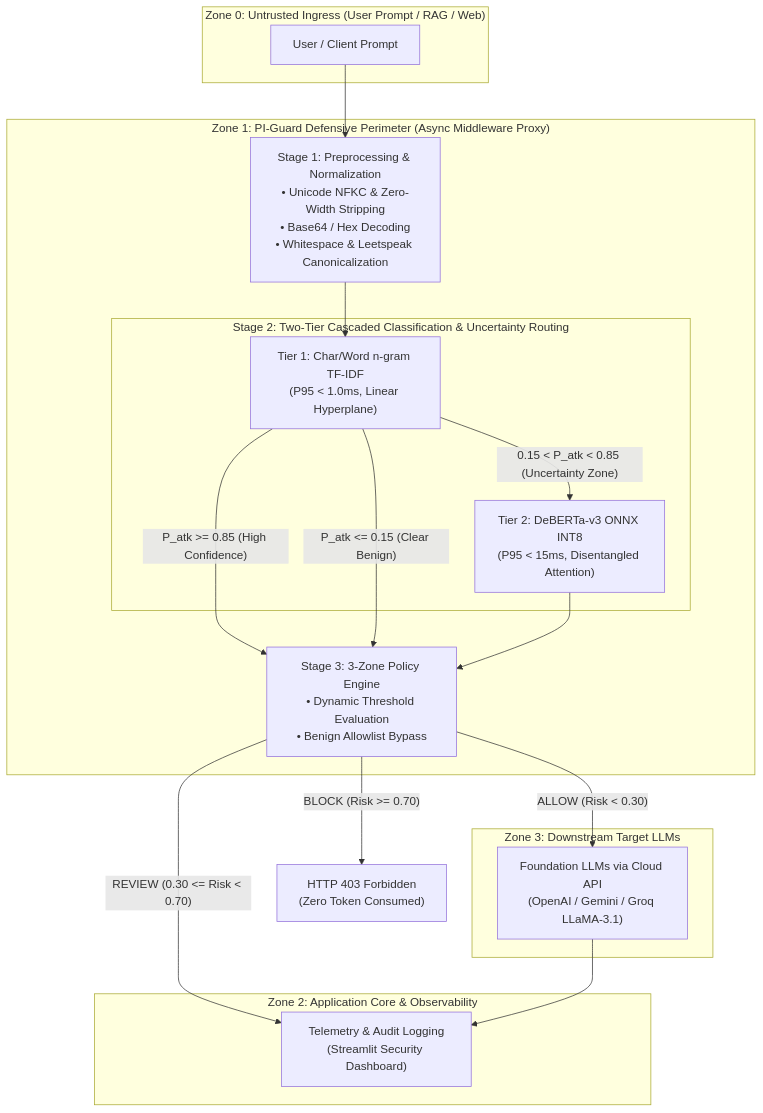
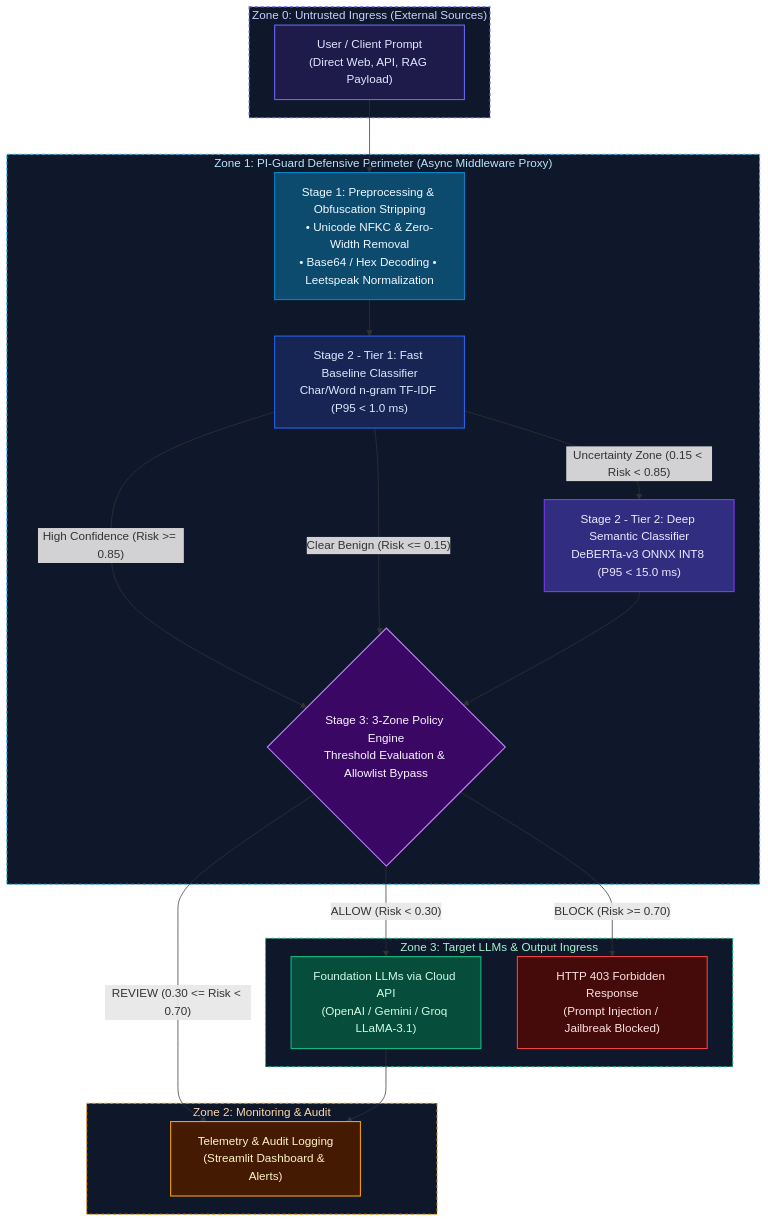
Before and after one commit to nvtruongops/pi-guard: the diagram in README.md, drawn with Mermaid. The commit also changed other lines of this file, not shown here.

Commit message:
docs(readme): fix architecture mermaid UI contrast, collapse thesis tree, and clean quickstart

````diff
--- a/README.md
+++ b/README.md
@@ -56,40 +56,62 @@
 ```mermaid
 flowchart TD
-    subgraph Zone0["Zone 0: Untrusted Ingress (User Prompt / RAG / Web)"]
-        UP["User / Client Prompt"]
+    subgraph Zone0["Zone 0: Untrusted Ingress (External Sources)"]
+        UP["User / Client Prompt<br/>(Direct Web, API, RAG Payload)"]
     end
 
     subgraph Zone1["Zone 1: PI-Guard Defensive Perimeter (Async Middleware Proxy)"]
-        P1["Stage 1: Preprocessing & Normalization<br/>• Unicode NFKC & Zero-Width Stripping<br/>• Base64 / Hex Decoding<br/>• Whitespace & Leetspeak Canonicalization"]
-        
-        subgraph TwoTier["Stage 2: Two-Tier Cascaded Classification & Uncertainty Routing"]
-            T1["Tier 1: Char/Word n-gram TF-IDF<br/>(P95 < 1.0ms, Linear Hyperplane)"]
-            T2["Tier 2: DeBERTa-v3 ONNX INT8<br/>(P95 < 15ms, Disentangled Attention)"]
-        end
-
-        POL["Stage 3: 3-Zone Policy Engine<br/>• Dynamic Threshold Evaluation<br/>• Benign Allowlist Bypass"]
+        P1["Stage 1: Preprocessing & Obfuscation Stripping<br/>• Unicode NFKC & Zero-Width Removal<br/>• Base64 / Hex Decoding • Leetspeak Normalization"]
+        T1["Stage 2 - Tier 1: Fast Baseline Classifier<br/>Char/Word n-gram TF-IDF (P95 < 1.0 ms)"]
+        T2["Stage 2 - Tier 2: Deep Semantic Classifier<br/>DeBERTa-v3 ONNX INT8 (P95 < 15.0 ms)"]
+        POL{"Stage 3: 3-Zone Policy Engine<br/>Threshold Evaluation & Allowlist Bypass"}
     end
 
-    subgraph Zone2["Zone 2: Application Core & Observability"]
-        DASH["Telemetry & Audit Logging<br/>(Streamlit Security Dashboard)"]
+    subgraph Zone2["Zone 2: Monitoring & Audit"]
+        DASH["Telemetry & Audit Logging<br/>(Streamlit Dashboard & Alerts)"]
     end
 
-    subgraph Zone3["Zone 3: Downstream Target LLMs"]
+    subgraph Zone3["Zone 3: Target LLMs & Output Ingress"]
         LLM["Foundation LLMs via Cloud API<br/>(OpenAI / Gemini / Groq LLaMA-3.1)"]
+        BLK["HTTP 403 Forbidden Response<br/>(Prompt Injection / Jailbreak Blocked)"]
     end
 
     UP --> P1
     P1 --> T1
     
     %% Tier 1 Routing
-    T1 -- "P_atk >= 0.85 (High Confidence)" --> POL
-    T1 -- "P_atk <= 0.15 (Clear Benign)" --> POL
-    T1 -- "0.15 < P_atk < 0.85 (Uncertainty Zone)" --> T2
+    T1 -- "High Confidence (Risk >= 0.85)" --> POL
+    T1 -- "Clear Benign (Risk <= 0.15)" --> POL
+    T1 -- "Uncertainty Zone (0.15 < Risk < 0.85)" --> T2
     T2 --> POL
 
     %% Policy Decisions
     POL -- "ALLOW (Risk < 0.30)" --> LLM
     POL -- "REVIEW (0.30 <= Risk < 0.70)" --> DASH
-    POL -- "BLOCK (Risk >= 0.70)" --> BLK["HTTP 403 Forbidden<br/>(Zero Token Consumed)"]
+    POL -- "BLOCK (Risk >= 0.70)" --> BLK
     LLM --> DASH
+
+    %% High-Contrast Theme Styling (Clean on Dark & Light)
+    classDef default fill:#1e293b,stroke:#475569,stroke-width:1px,color:#f8fafc;
+    classDef ingress fill:#1e1b4b,stroke:#6366f1,stroke-width:1.5px,color:#e0e7ff;
+    classDef prep fill:#0c4a6e,stroke:#0284c7,stroke-width:1.5px,color:#f0f9ff;
+    classDef tier1 fill:#172554,stroke:#2563eb,stroke-width:1.5px,color:#dbeafe;
+    classDef tier2 fill:#312e81,stroke:#7c3aed,stroke-width:1.5px,color:#ede9fe;
+    classDef policy fill:#3b0764,stroke:#c084fc,stroke-width:1.5px,color:#faf5ff;
+    classDef block fill:#450a0a,stroke:#ef4444,stroke-width:1.5px,color:#fee2e2;
+    classDef allow fill:#064e3b,stroke:#10b981,stroke-width:1.5px,color:#d1fae5;
+    classDef audit fill:#451a03,stroke:#f59e0b,stroke-width:1.5px,color:#fef3c7;
+
+    class UP ingress;
+    class P1 prep;
+    class T1 tier1;
+    class T2 tier2;
+    class POL policy;
+    class BLK block;
+    class LLM allow;
+    class DASH audit;
+
+    style Zone0 fill:#0f172a,stroke:#6366f1,stroke-width:1.5px,stroke-dasharray: 4 4,color:#c7d2fe
+    style Zone1 fill:#0f172a,stroke:#38bdf8,stroke-width:1.5px,stroke-dasharray: 4 4,color:#bae6fd
+    style Zone2 fill:#0f172a,stroke:#f59e0b,stroke-width:1.5px,stroke-dasharray: 4 4,color:#fed7aa
+    style Zone3 fill:#0f172a,stroke:#10b981,stroke-width:1.5px,stroke-dasharray: 4 4,color:#a7f3d0
 ```
````
